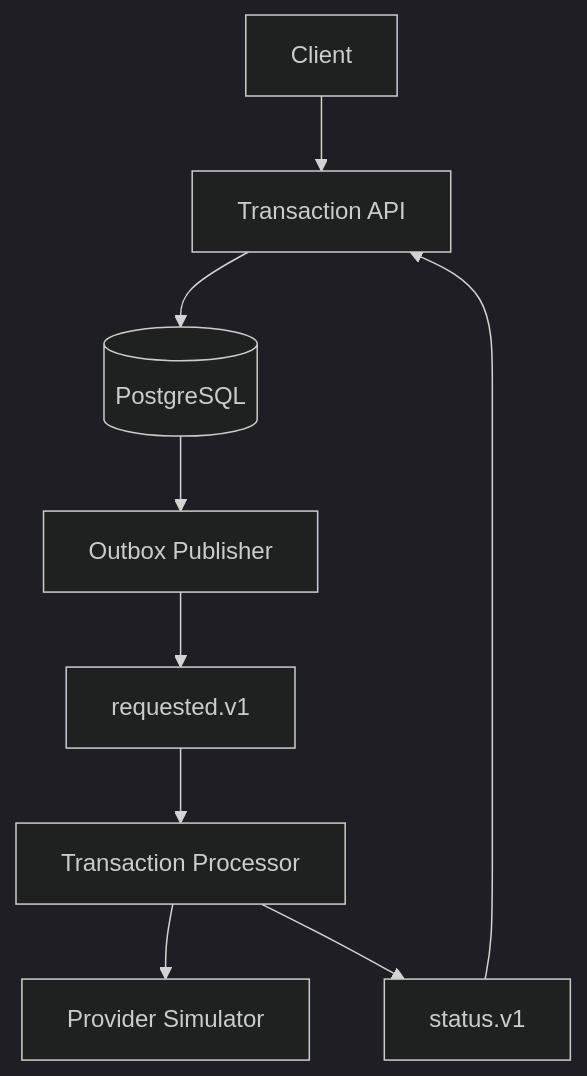
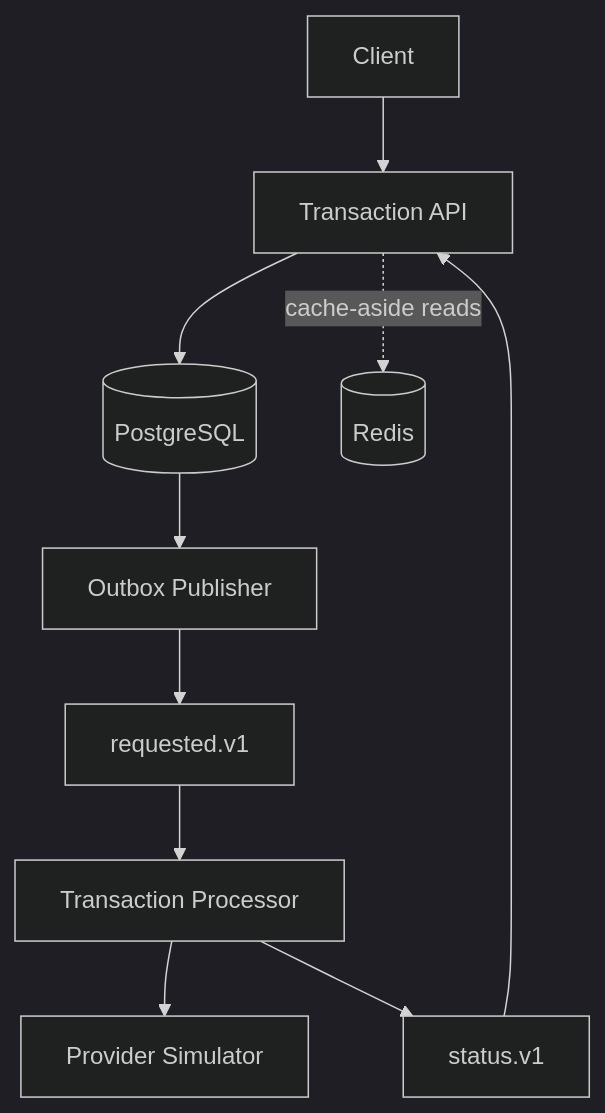
One commit to theInfamousBri/ledgerflow changed the first of 4 diagrams in docs/architecture.md. Above: the diagram before and after it, drawn with Mermaid (dark theme). The commit also changed other lines of this file and 15 other files, not shown here.

Commit message:
feat: add resilient Redis transaction read cache

````diff
--- a/docs/architecture.md
+++ b/docs/architecture.md
@@ -5,11 +5,12 @@
 ```mermaid
 flowchart TD
     C[Client] --> API[Transaction API]
     API --> PG[(PostgreSQL)]
+    API -. cache-aside reads .-> RD[(Redis)]
     PG --> OP[Outbox Publisher]
     OP --> RQ[requested.v1]
     RQ --> PR[Transaction Processor]
     PR --> PS[Provider Simulator]
     PR --> ST[status.v1]
     ST --> API
 ```
````
